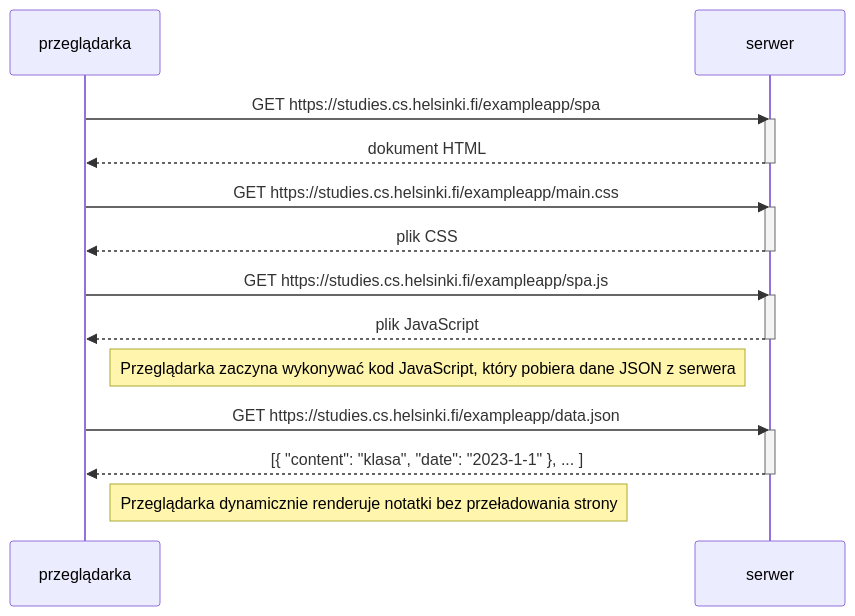
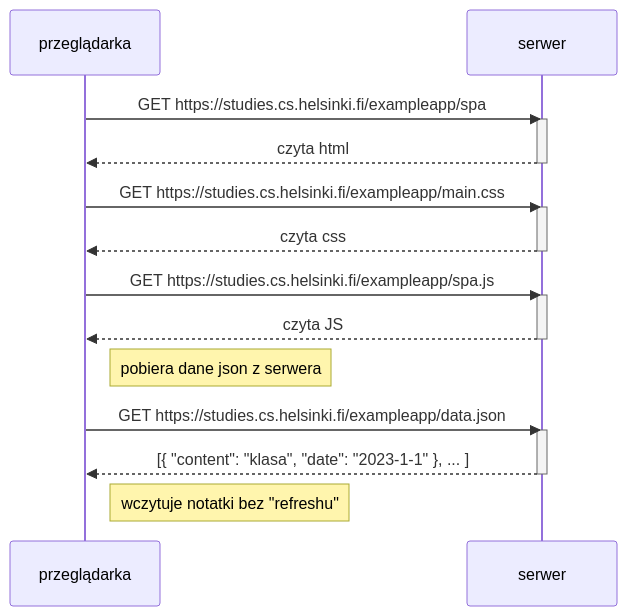
One commit to Layer2843/my-repo changed the diagram in Part0/zad0-5.mmd. Above: the diagram before and after it, drawn with Mermaid. The commit also changed 2 other files, not shown here.

```diff
--- a/Part0/zad0-5.mmd
+++ b/Part0/zad0-5.mmd
@@ -1,27 +1,27 @@
 sequenceDiagram
     participant przeglądarka
     participant serwer
 
     przeglądarka->>serwer: GET https://studies.cs.helsinki.fi/exampleapp/spa
     activate serwer
-    serwer-->>przeglądarka: dokument HTML
+    serwer-->>przeglądarka: czyta html
     deactivate serwer
 
     przeglądarka->>serwer: GET https://studies.cs.helsinki.fi/exampleapp/main.css
     activate serwer
-    serwer-->>przeglądarka: plik CSS
+    serwer-->>przeglądarka: czyta css
     deactivate serwer
 
     przeglądarka->>serwer: GET https://studies.cs.helsinki.fi/exampleapp/spa.js
     activate serwer
-    serwer-->>przeglądarka: plik JavaScript
+    serwer-->>przeglądarka: czyta JS
     deactivate serwer
 
-    Note right of przeglądarka: Przeglądarka zaczyna wykonywać kod JavaScript, który pobiera dane JSON z serwera
+    Note right of przeglądarka: pobiera dane json z serwera
 
     przeglądarka->>serwer: GET https://studies.cs.helsinki.fi/exampleapp/data.json
     activate serwer
     serwer-->>przeglądarka: [{ "content": "klasa", "date": "2023-1-1" }, ... ]
     deactivate serwer
 
-    Note right of przeglądarka: Przeglądarka dynamicznie renderuje notatki bez przeładowania strony
+    Note right of przeglądarka: wczytuje notatki bez "refreshu"
```
